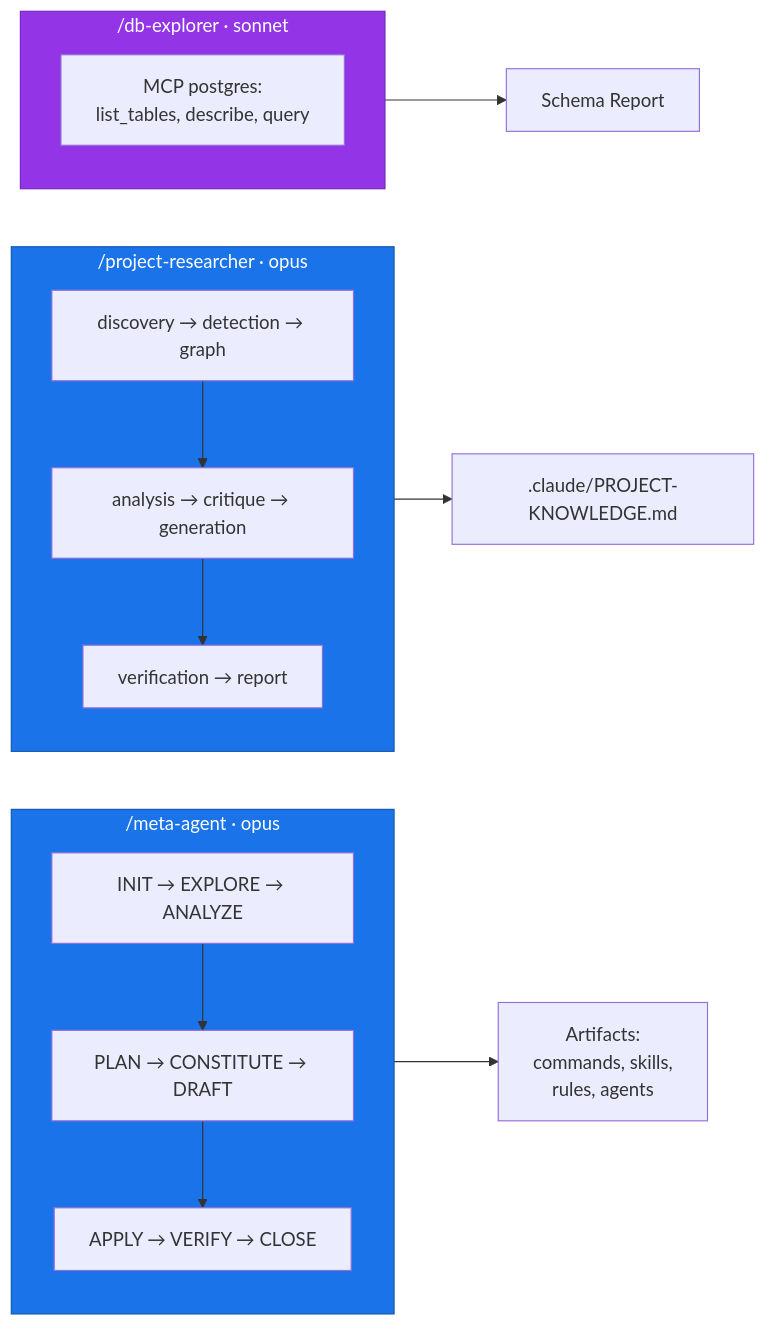
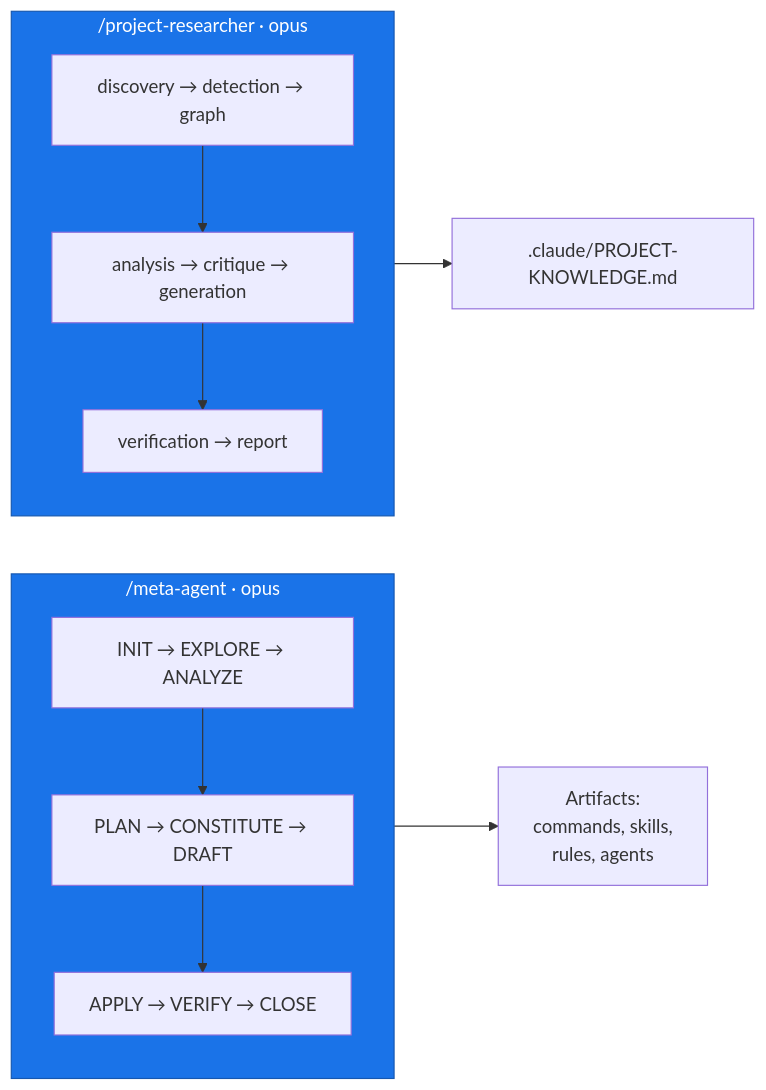
The fourth of 6 diagrams in README.md (hex0xdeadbeef/claude-kit), drawn with Mermaid before and after one commit. The commit also changed other lines of this file and 21 other files, not shown here.

````diff
--- a/README.md
+++ b/README.md
@@ -408,23 +399,18 @@
 ```mermaid
 flowchart LR
     subgraph META ["/meta-agent · opus"]
         direction TB
         MA1["INIT → EXPLORE → ANALYZE"] --> MA2["PLAN → CONSTITUTE → DRAFT"] --> MA3["APPLY → VERIFY → CLOSE"]
     end
     META --> ART["Artifacts:<br/>commands, skills,<br/>rules, agents"]
 
     subgraph PROJ ["/project-researcher · opus"]
         direction TB
         PR1["discovery → detection → graph"] --> PR2["analysis → critique → generation"] --> PR3["verification → report"]
     end
     PROJ --> PK[".claude/PROJECT-KNOWLEDGE.md"]
 
-    subgraph DBE ["/db-explorer · sonnet"]
-        DB_TOOLS["MCP postgres:<br/>list_tables, describe, query"]
-    end
-    DBE --> SCH["Schema Report"]
 
     style META fill:#1a73e8,color:#fff,stroke:#1557b0
     style PROJ fill:#1a73e8,color:#fff,stroke:#1557b0
-    style DBE fill:#9334e6,color:#fff,stroke:#7627bb
 ```
````
